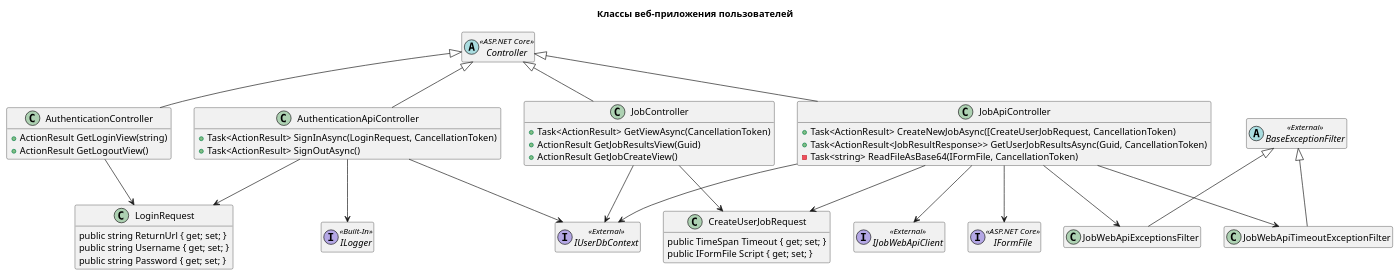
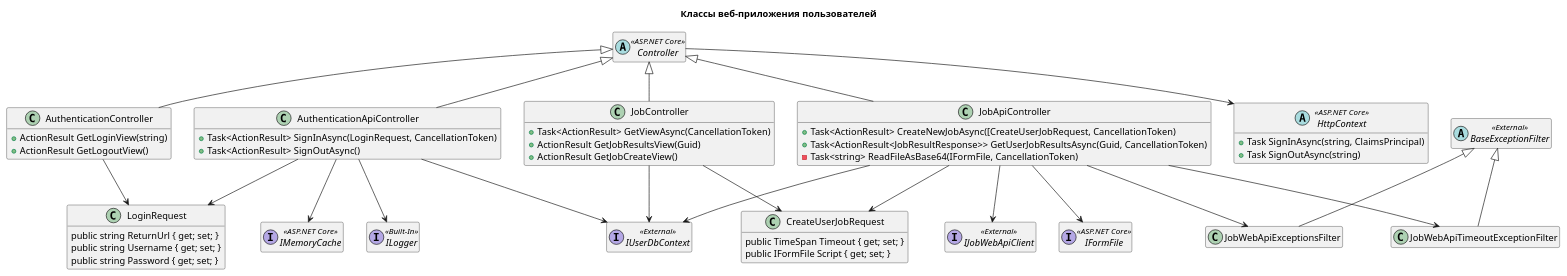
Before and after one commit to mrypdm/JobSystem: the diagram in docs/diagrams/classes/User.WebApp.puml, drawn with PlantUML. The commit also changed 7 other files, not shown here.

```diff
--- a/docs/diagrams/classes/User.WebApp.puml
+++ b/docs/diagrams/classes/User.WebApp.puml
@@ -1,74 +1,83 @@
 @startuml User.WebApp classes
 hide empty members
 
 title Классы веб-приложения пользователей
 
+abstract class HttpContext << ASP.NET Core >>
+{
+    +Task SignInAsync(string, ClaimsPrincipal)
+    +Task SignOutAsync(string)
+}
 abstract class Controller << ASP.NET Core >>
+Controller --> HttpContext
+
 abstract class BaseExceptionFilter << External >>
 interface IUserDbContext << External >>
 interface IJobWebApiClient << External >>
 interface ILogger << Built-In >>
 interface IFormFile << ASP.NET Core >>
+interface IMemoryCache << ASP.NET Core >>
 
 class CreateUserJobRequest
 {
     public TimeSpan Timeout { get; set; }
     public IFormFile Script { get; set; }
 }
 
 class LoginRequest
 {
     public string ReturnUrl { get; set; }
     public string Username { get; set; }
     public string Password { get; set; }
 }
 
 class JobWebApiExceptionsFilter
 BaseExceptionFilter <|-- JobWebApiExceptionsFilter
 
 class JobWebApiTimeoutExceptionFilter
 BaseExceptionFilter <|-- JobWebApiTimeoutExceptionFilter
 
 class AuthenticationController
 {
     +ActionResult GetLoginView(string)
     +ActionResult GetLogoutView()
 }
 Controller <|-- AuthenticationController
 AuthenticationController --> LoginRequest
 
 class AuthenticationApiController
 {
     +Task<ActionResult> SignInAsync(LoginRequest, CancellationToken)
     +Task<ActionResult> SignOutAsync()
 }
 Controller <|-- AuthenticationApiController
 AuthenticationApiController --> IUserDbContext
 AuthenticationApiController --> ILogger
 AuthenticationApiController --> LoginRequest
+AuthenticationApiController --> IMemoryCache
 
 class JobController
 {
     +Task<ActionResult> GetViewAsync(CancellationToken)
     +ActionResult GetJobResultsView(Guid)
     +ActionResult GetJobCreateView()
 }
 Controller <|-- JobController
 JobController --> IUserDbContext
 JobController --> CreateUserJobRequest
 
 class JobApiController
 {
     +Task<ActionResult> CreateNewJobAsync([CreateUserJobRequest, CancellationToken)
     +Task<ActionResult<JobResultResponse>> GetUserJobResultsAsync(Guid, CancellationToken)
     -Task<string> ReadFileAsBase64(IFormFile, CancellationToken)
 }
 Controller <|-- JobApiController
 JobApiController --> IUserDbContext
 JobApiController --> IJobWebApiClient
 JobApiController --> CreateUserJobRequest
 JobApiController --> IFormFile
 JobApiController --> JobWebApiExceptionsFilter
 JobApiController --> JobWebApiTimeoutExceptionFilter
 
 @enduml
```
